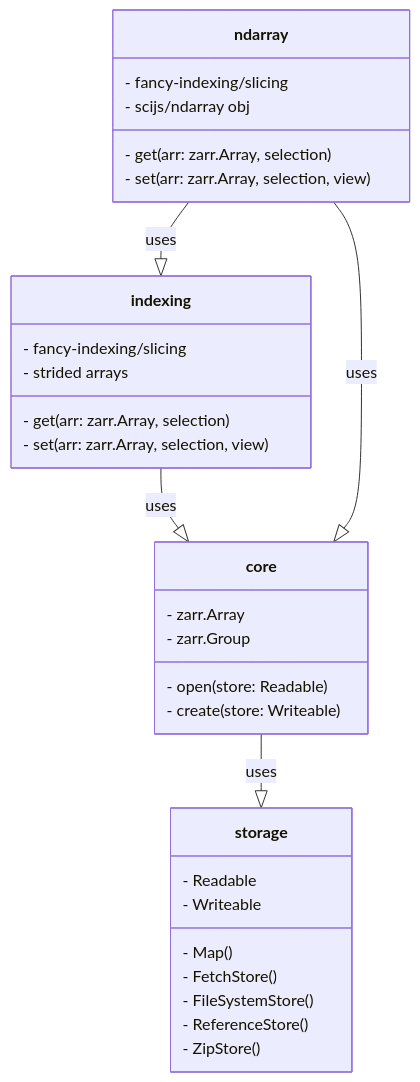
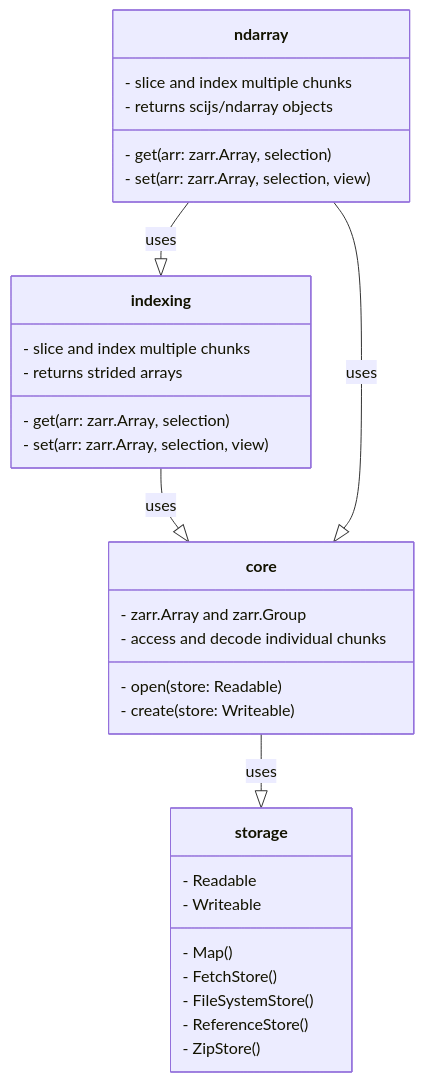
The diagram in README.md (manzt/zarrita.js), drawn with Mermaid before and after one commit.

````diff
--- a/README.md
+++ b/README.md
@@ -52,38 +52,38 @@
 ```mermaid
 classDiagram
     indexing --|> core : uses
     ndarray --|> indexing : uses
     ndarray --|> core : uses
     core --|> storage : uses
 
     class indexing {
         - get(arr: zarr.Array, selection)
         - set(arr: zarr.Array, selection, view)
-        - fancy-indexing/slicing
-        - strided arrays
+        - slice and index multiple chunks
+        - returns strided arrays
     }
 
     class ndarray {
         - get(arr: zarr.Array, selection)
         - set(arr: zarr.Array,  selection, view)
-        - fancy-indexing/slicing
-        - scijs/ndarray obj
+        - slice and index multiple chunks
+        - returns scijs/ndarray objects
     }
 
     class core {
         - open(store: Readable)
         - create(store: Writeable)
-        - zarr.Array
-        - zarr.Group
+        - zarr.Array and zarr.Group
+        - access and decode individual chunks
     }
 
     class storage {
         - Readable
         - Writeable
         - Map()
         - FetchStore()
         - FileSystemStore()
         - ReferenceStore()
         - ZipStore()
     }
 ```
````
